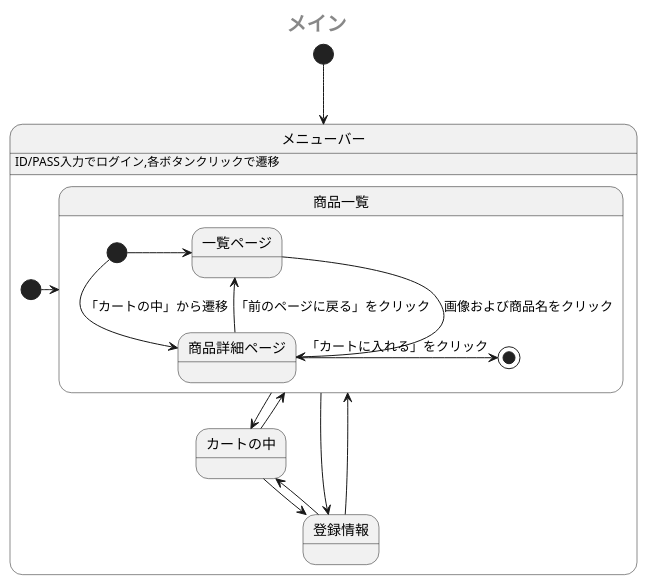
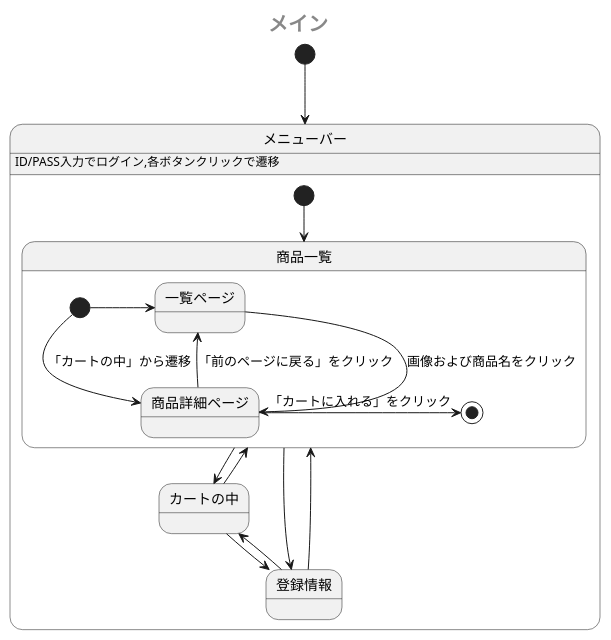
One commit to Aso2001385/2021sys-design changed the first of 2 diagrams in sample/StateMachine.md. Above: the diagram before and after it, drawn with PlantUML.

````diff
--- a/sample/StateMachine.md
+++ b/sample/StateMachine.md
@@ -1,29 +1,29 @@
 ```uml
 @startuml
  center header <size:20><b>メイン</b></size>
  [*] --> メニューバー
  state メニューバー {
    メニューバー: ID/PASS入力でログイン,各ボタンクリックで遷移
-   [*] -> 商品一覧
+   [*] --> 商品一覧
    state 商品一覧 {
     [*] -> 一覧ページ
     [*] --> 商品詳細ページ: 「カートの中」から遷移
     一覧ページ -right-> 商品詳細ページ: 画像および商品名をクリック
     商品詳細ページ -left-> 一覧ページ: 「前のページに戻る」をクリック
     商品詳細ページ -right-> [*]: 「カートに入れる」をクリック
     
    }
    商品一覧 -down-> カートの中
    カートの中 -up-> 商品一覧
    カートの中 -down-> 登録情報
    登録情報 -up-> カートの中
    商品一覧 -right-> 登録情報
    商品一覧 -[hidden]> 登録情報
    登録情報 -left-> 商品一覧
    登録情報 -[hidden]> 商品一覧
    
 
  }
  
 @enduml
 ```
````
